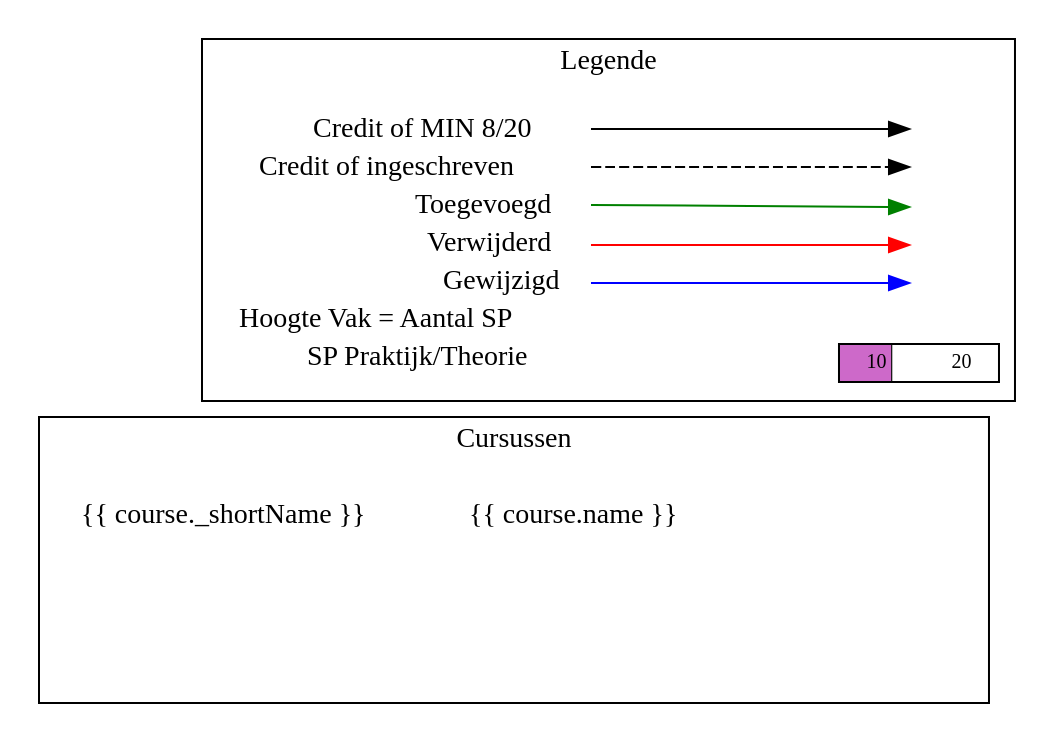
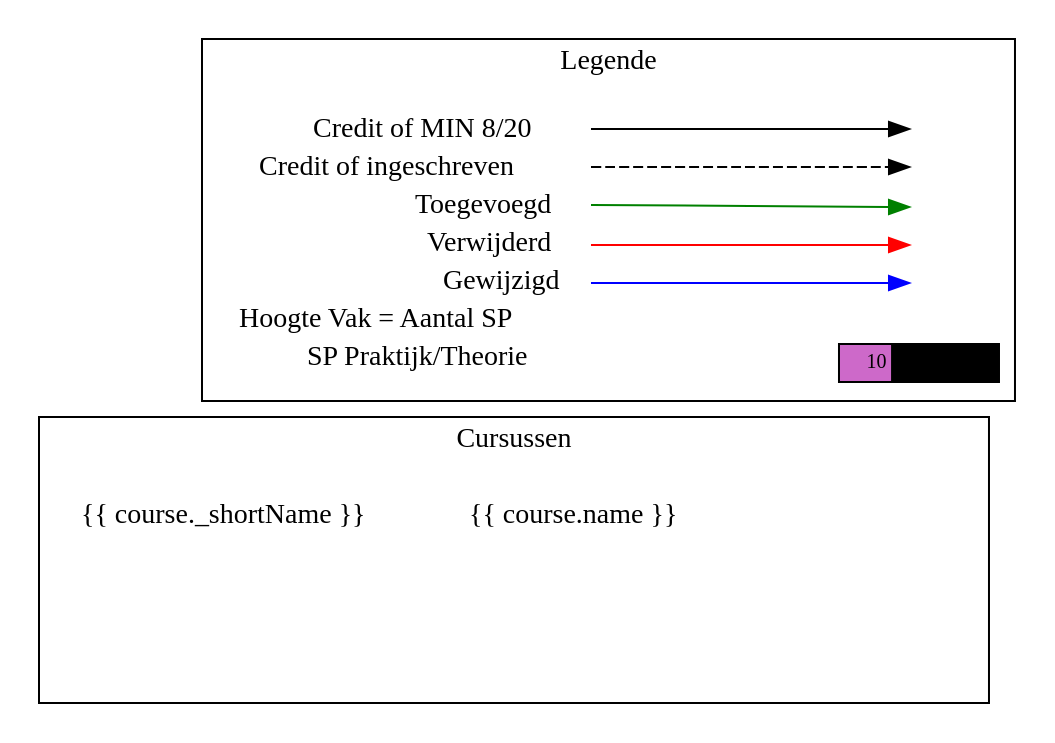
Before and after one commit to JoeyDP/OC: the diagram in 2018-2019/Studieprogramma/source/templates/legend.dot, drawn with Graphviz. The commit also changed 2 other files, not shown here.

```diff
--- a/2018-2019/Studieprogramma/source/templates/legend.dot
+++ b/2018-2019/Studieprogramma/source/templates/legend.dot
@@ -1,52 +1,52 @@
 digraph {
   rankdir=LR
   node [shape=plaintext]
 
   subgraph cluster_courses {
     label = "Cursussen";
     courses [label=<<table border="0" cellpadding="5" cellspacing="0" cellborder="0">
     {% for course in courses %}
       <tr><td align="left" port="i1">{{ course._shortName }}</td><td align="left">{{ course.name }}</td></tr>
     {% endfor %}
       </table>>]
     key3 [label=<<table border="0" cellpadding="2" cellspacing="0" cellborder="0">
       <tr><td port="i1">&nbsp;</td></tr>
       <tr><td port="i2">&nbsp;</td></tr>
       <tr><td port="i3">&nbsp;</td></tr>
       <tr><td port="i4">&nbsp;</td></tr>
       <tr><td port="i5">&nbsp;</td></tr>
       </table>>]
 
     # fix placement a bit
     courses:i1:e -> key3:i1:w [style=invis]
   }
 
   subgraph cluster_legend {
     label = "Legende";
     key [label=<<table border="0" cellpadding="2" cellspacing="0" cellborder="0">
       <tr><td align="right" port="i1">Credit of MIN 8/20</td></tr>
       <tr><td align="right" port="i2">Credit of ingeschreven</td></tr>
       <tr><td align="right" port="i3">Toegevoegd</td></tr>
       <tr><td align="right" port="i4">Verwijderd</td></tr>
       <tr><td align="right" port="i5">Gewijzigd</td></tr>
       <tr><td align="right" port="i6">Hoogte Vak = Aantal SP</td></tr>
       <tr><td align="right" port="i7">SP Praktijk/Theorie</td></tr>
       </table>>]
     key2 [label=<<table border="0" cellpadding="2" cellspacing="0" cellborder="0">
       <tr><td port="i1">&nbsp;</td></tr>
       <tr><td port="i2">&nbsp;</td></tr>
       <tr><td port="i3">&nbsp;</td></tr>
       <tr><td port="i4">&nbsp;</td></tr>
       <tr><td port="i5">&nbsp;</td></tr>
       </table>>]
     key:i1:e -> key2:i1:w []
     key:i2:e -> key2:i2:w [style=dashed]
     key:i3:e -> key2:i3:w [color=green]
     key:i4:e -> key2:i4:w [color=red]
     key:i5:e -> key2:i5:w [color=blue]
 
-    sp_ratio [shape=rect, fontsize=10, height=0.10, style=striped, color="orchid3;0.33:white", label="10             20"]
+    sp_ratio [shape=rect, fontsize=10, height=0.10, style=striped, color="orchid3;0.33:wh", label="10             20"]
     key:i7 -> sp_ratio [style=invis]
   }
 
 }
```
